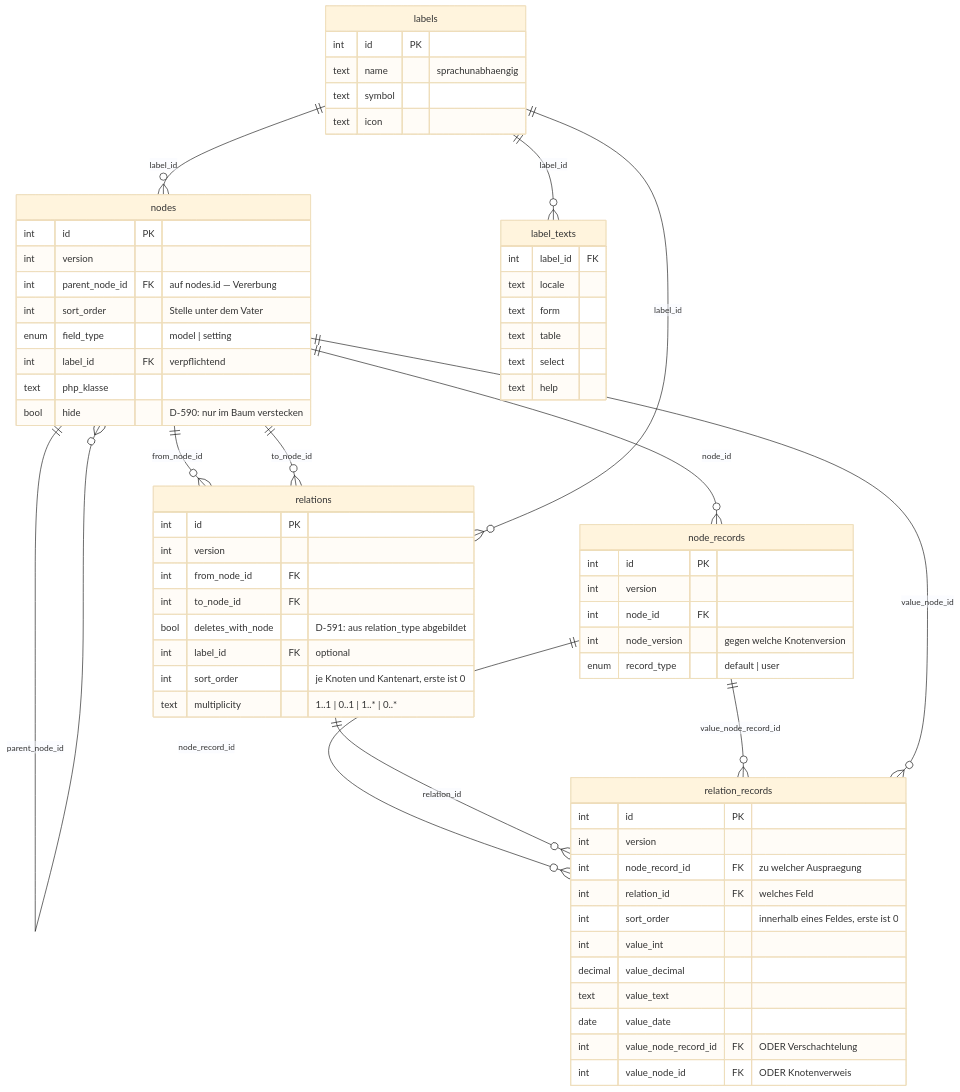
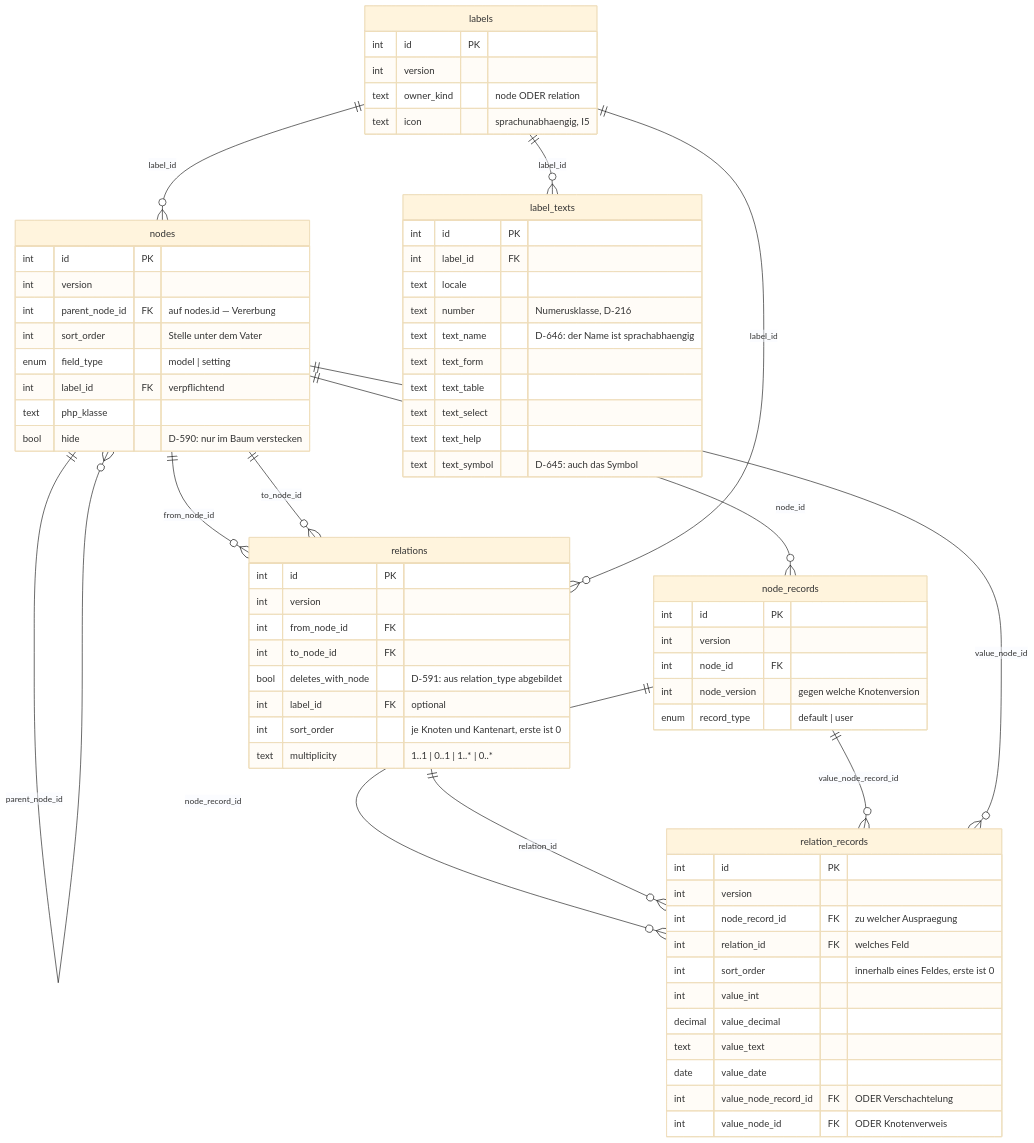
One commit to sfambach/wp-taxonomy-modeler changed the diagram in docs/pakete/modelltabellen/schema-diagramm.md. Above: the diagram before and after it, drawn with Mermaid (base theme). The commit also changed 76 other files, not shown here.

````diff
--- a/docs/pakete/modelltabellen/schema-diagramm.md
+++ b/docs/pakete/modelltabellen/schema-diagramm.md
@@ -6,74 +6,78 @@
 ```mermaid
 erDiagram
     nodes {
         int  id PK
         int  version
         int  parent_node_id FK "auf nodes.id — Vererbung"
         int  sort_order     "Stelle unter dem Vater"
         enum field_type     "model | setting"
         int  label_id       FK "verpflichtend"
         text php_klasse
         bool hide "D-590: nur im Baum verstecken"
     }
 
     relations {
         int  id PK
         int  version
         int  from_node_id FK
         int  to_node_id   FK
         bool deletes_with_node "D-591: aus relation_type abgebildet"
         int  label_id      FK "optional"
         int  sort_order    "je Knoten und Kantenart, erste ist 0"
         text multiplicity  "1..1 | 0..1 | 1..* | 0..*"
     }
 
     node_records {
         int  id PK
         int  version
         int  node_id FK
         int  node_version "gegen welche Knotenversion"
         enum record_type  "default | user"
     }
 
     relation_records {
         int     id PK
         int     version
         int     node_record_id FK "zu welcher Auspraegung"
         int     relation_id    FK "welches Feld"
         int     sort_order        "innerhalb eines Feldes, erste ist 0"
         int     value_int
         decimal value_decimal
         text    value_text
         date    value_date
         int     value_node_record_id FK "ODER Verschachtelung"
         int     value_node_id        FK "ODER Knotenverweis"
     }
 
     labels {
         int  id PK
-        text name   "sprachunabhaengig"
-        text symbol
-        text icon
+        int  version
+        text owner_kind "node ODER relation"
+        text icon       "sprachunabhaengig, I5"
     }
 
     label_texts {
+        int  id PK
         int  label_id FK
         text locale
-        text form
-        text table
-        text select
-        text help
+        text number      "Numerusklasse, D-216"
+        text text_name   "D-646: der Name ist sprachabhaengig"
+        text text_form
+        text text_table
+        text text_select
+        text text_help
+        text text_symbol "D-645: auch das Symbol"
     }
 
     nodes            ||--o{ nodes            : "parent_node_id"
     nodes            ||--o{ relations        : "from_node_id"
     nodes            ||--o{ relations        : "to_node_id"
     nodes            ||--o{ node_records     : "node_id"
     labels           ||--o{ nodes            : "label_id"
     labels           ||--o{ relations        : "label_id"
     labels           ||--o{ label_texts      : "label_id"
     node_records     ||--o{ relation_records : "node_record_id"
     relations        ||--o{ relation_records : "relation_id"
     node_records     ||--o{ relation_records : "value_node_record_id"
     nodes            ||--o{ relation_records : "value_node_id"
 ```
````
